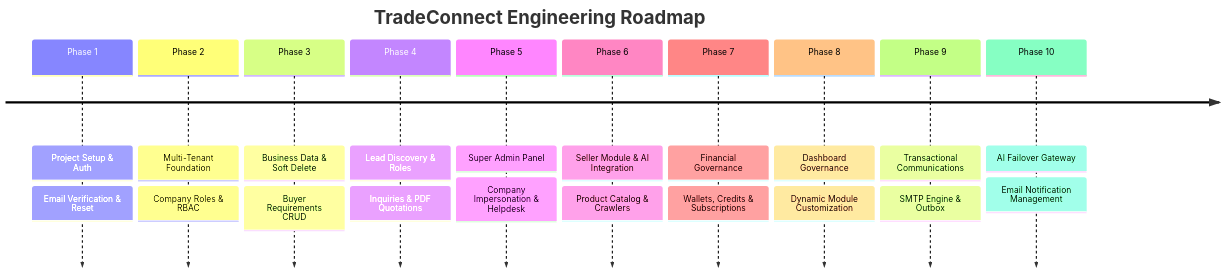
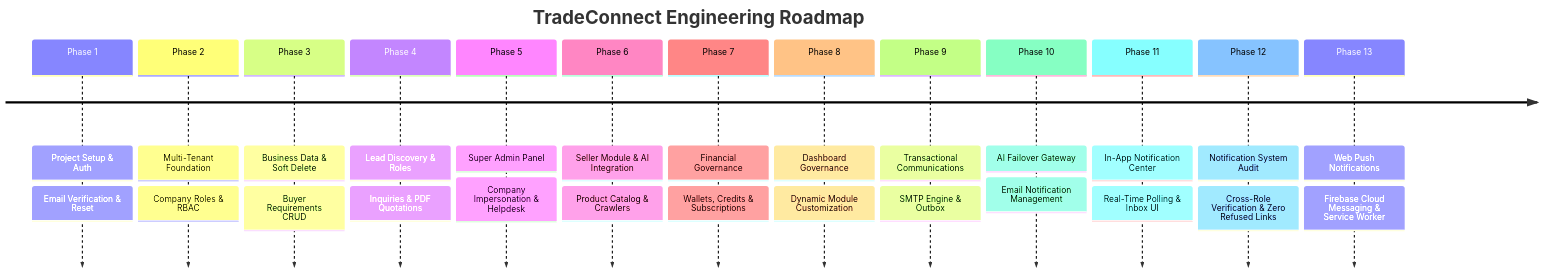
The diagram in docs/02_DEVELOPMENT_ROADMAP.md (AjayPatil2313/procurement-ai), drawn with Mermaid before and after one commit. The commit also changed other lines of this file and 23 other files, not shown here.

Commit message:
Firebase push notificatin implemented FCM

````diff
--- a/docs/02_DEVELOPMENT_ROADMAP.md
+++ b/docs/02_DEVELOPMENT_ROADMAP.md
@@ -9,14 +9,17 @@
 ```mermaid
 timeline
     title TradeConnect Engineering Roadmap
     Phase 1 : Project Setup & Auth : Email Verification & Reset
     Phase 2 : Multi-Tenant Foundation : Company Roles & RBAC
     Phase 3 : Business Data & Soft Delete : Buyer Requirements CRUD
     Phase 4 : Lead Discovery & Roles : Inquiries & PDF Quotations
     Phase 5 : Super Admin Panel : Company Impersonation & Helpdesk
     Phase 6 : Seller Module & AI Integration : Product Catalog & Crawlers
     Phase 7 : Financial Governance : Wallets, Credits & Subscriptions
     Phase 8 : Dashboard Governance : Dynamic Module Customization
     Phase 9 : Transactional Communications : SMTP Engine & Outbox
     Phase 10 : AI Failover Gateway : Email Notification Management
+    Phase 11 : In-App Notification Center : Real-Time Polling & Inbox UI
+    Phase 12 : Notification System Audit : Cross-Role Verification & Zero Refused Links
+    Phase 13 : Web Push Notifications : Firebase Cloud Messaging & Service Worker
 ```
````
